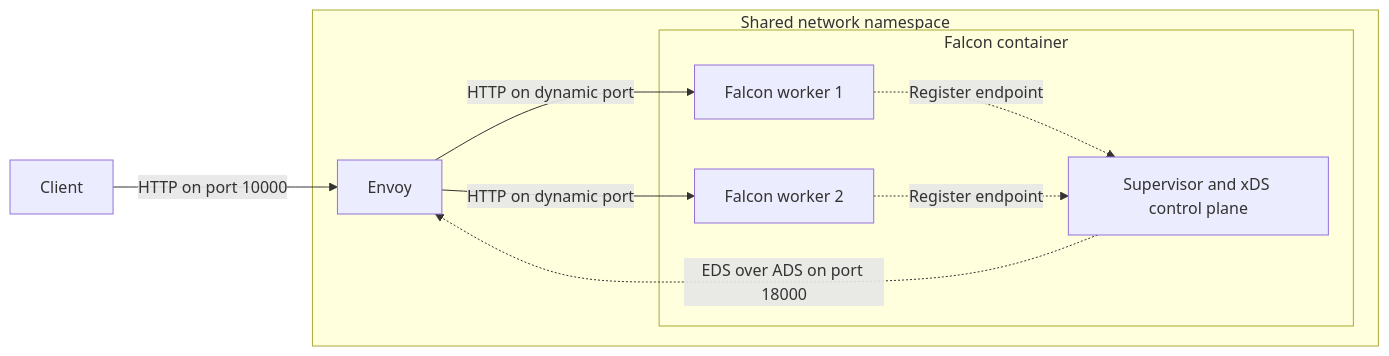
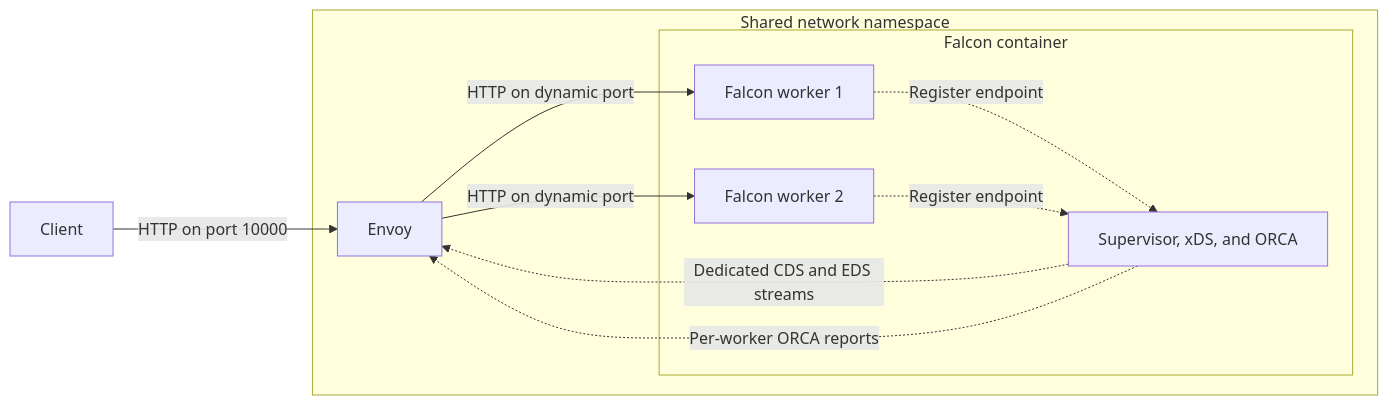
The diagram in context/cluster-deployment.md (socketry/falcon), drawn with Mermaid before and after one commit. The commit also changed other lines of this file and 6 other files, not shown here.

````diff
--- a/context/cluster-deployment.md
+++ b/context/cluster-deployment.md
@@ -24,20 +26,21 @@
 ```mermaid
 flowchart LR
 	Client[Client] -->|HTTP on port 10000| Envoy
 
 	subgraph Network[Shared network namespace]
 		Envoy[Envoy]
 
 		subgraph Falcon[Falcon container]
-			Supervisor[Supervisor and xDS control plane]
+			Supervisor[Supervisor, xDS, and ORCA]
 			Worker1[Falcon worker 1]
 			Worker2[Falcon worker 2]
 		end
 
 		Worker1 -.->|Register endpoint| Supervisor
 		Worker2 -.->|Register endpoint| Supervisor
-		Supervisor -.->|EDS over ADS on port 18000| Envoy
+		Supervisor -.->|Dedicated CDS and EDS streams| Envoy
+		Supervisor -.->|Per-worker ORCA reports| Envoy
 		Envoy -->|HTTP on dynamic port| Worker1
 		Envoy -->|HTTP on dynamic port| Worker2
 	end
 ```
````
